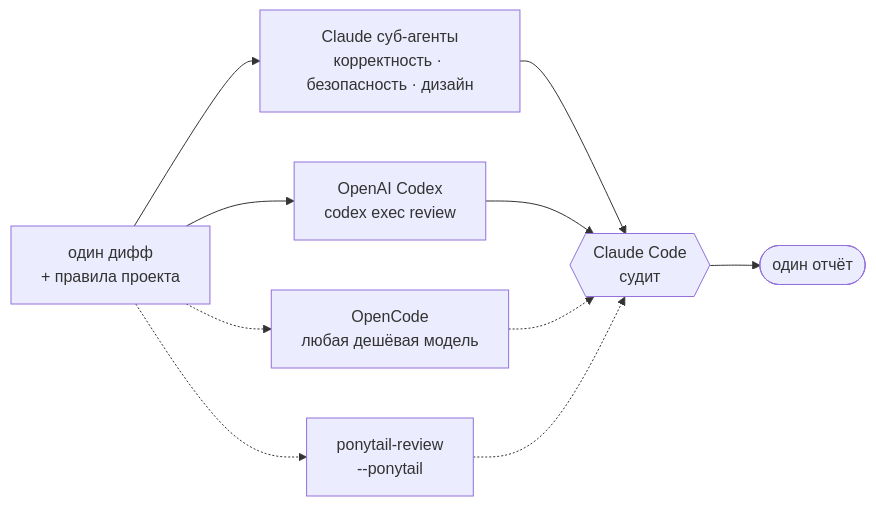
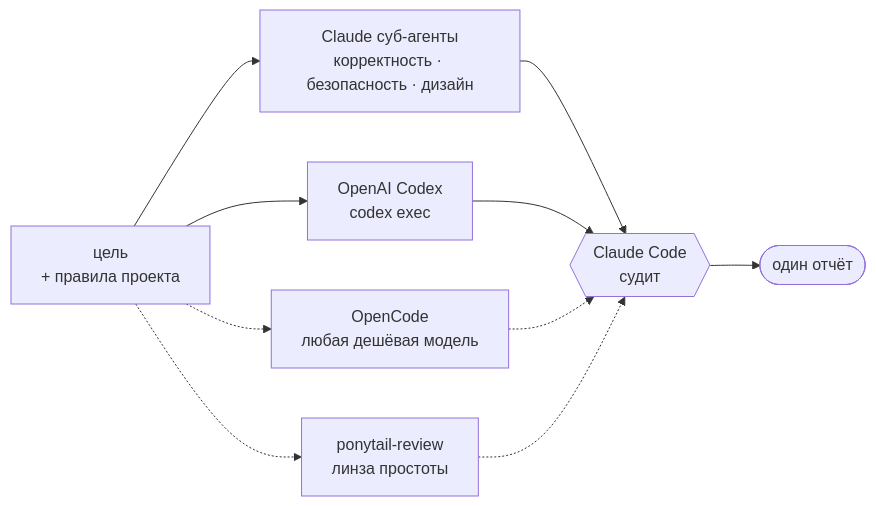
Before and after one commit to szarkans/multi: the diagram in README.ru.md, drawn with Mermaid. The commit also changed other lines of this file and 13 other files, not shown here.

````diff
--- a/README.ru.md
+++ b/README.ru.md
@@ -46,16 +51,16 @@
 ```mermaid
 flowchart LR
-    IN["один дифф<br/>+ правила проекта"]
+    IN["цель<br/>+ правила проекта"]
     CL["Claude суб-агенты<br/>корректность · безопасность · дизайн"]
-    CX["OpenAI Codex<br/>codex exec review"]
+    CX["OpenAI Codex<br/>codex exec"]
     OC["OpenCode<br/>любая дешёвая модель"]
-    PT["ponytail-review<br/>--ponytail"]
+    PT["ponytail-review<br/>линза простоты"]
     J{{"Claude Code<br/>судит"}}
     R(["один отчёт"])
 
     IN --> CL --> J
     IN --> CX --> J
     IN -.-> OC -.-> J
     IN -.-> PT -.-> J
     J --> R
 ```
````
